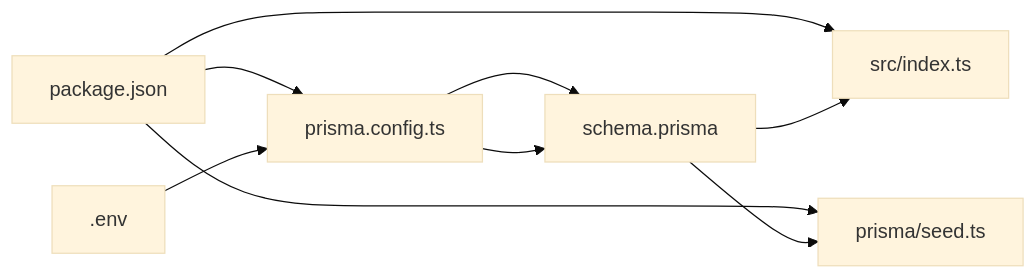
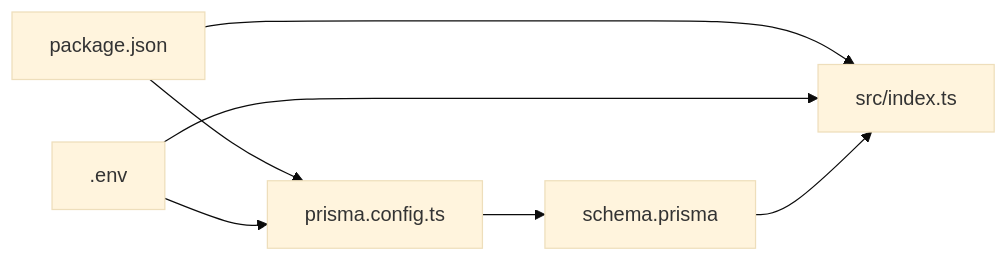
Before and after one commit to iazrael/feihua-ling: the fifth of 5 diagrams in .qoder/repowiki/zh/content/环境配置与部署/后端环境配置/环境变量配置.md, drawn with Mermaid (base theme). The commit also changed other lines of this file and 12 other files, not shown here.

````diff
--- a/.qoder/repowiki/zh/content/环境配置与部署/后端环境配置/环境变量配置.md
+++ b/.qoder/repowiki/zh/content/环境配置与部署/后端环境配置/环境变量配置.md
@@ -184,11 +190,9 @@
 ```mermaid
 graph LR
 PKG["package.json"] --> PCFG["prisma.config.ts"]
 PKG --> IDX["src/index.ts"]
-PKG --> SEED["prisma/seed.ts"]
 PCFG --> SCHEMA["schema.prisma"]
 ENV[".env"] --> PCFG
-PCFG --> SCHEMA
+ENV --> IDX
 SCHEMA --> IDX
-SCHEMA --> SEED
 ```
````
